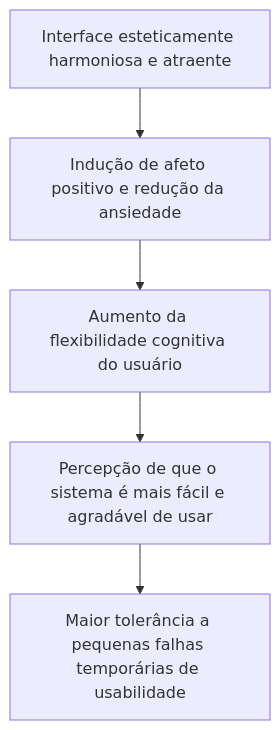
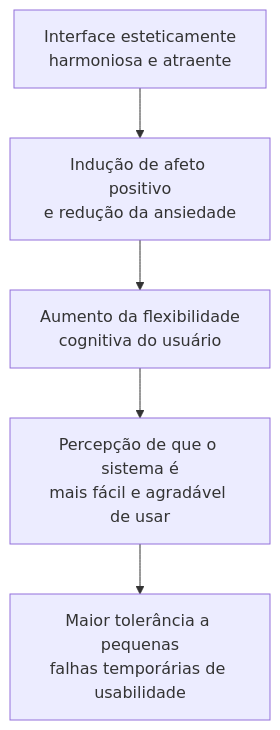
One commit to leorruas/puc changed the first of 3 diagrams in 08. Design de Interacao/14. Estética em sistemas interativos - harmonização de cores, fontes e usabilidade.md. Above: the diagram before and after it, drawn with Mermaid. The commit also changed other lines of this file and 16 other files, not shown here.

Commit message:
style(mermaid): comprehensive audit and optimization of 45 Mermaid blocks across all 22 topic notes

````diff
--- a/08. Design de Interacao/14. Estética em sistemas interativos - harmonização de cores, fontes e usabilidade.md
+++ b/08. Design de Interacao/14. Estética em sistemas interativos - harmonização de cores, fontes e usabilidade.md
@@ -47,7 +47,7 @@
 ```mermaid
 graph TD
-    A["Interface esteticamente harmoniosa e atraente"] --> B["Indução de afeto positivo e redução da ansiedade"]
-    B --> C["Aumento da flexibilidade cognitiva do usuário"]
-    C --> D["Percepção de que o sistema é mais fácil e agradável de usar"]
-    D --> E["Maior tolerância a pequenas falhas temporárias de usabilidade"]
+    A["Interface esteticamente<br>harmoniosa e atraente"] --> B["Indução de afeto positivo<br>e redução da ansiedade"]
+    B --> C["Aumento da flexibilidade<br>cognitiva do usuário"]
+    C --> D["Percepção de que o sistema é<br>mais fácil e agradável de usar"]
+    D --> E["Maior tolerância a pequenas<br>falhas temporárias de usabilidade"]
 ```
````
